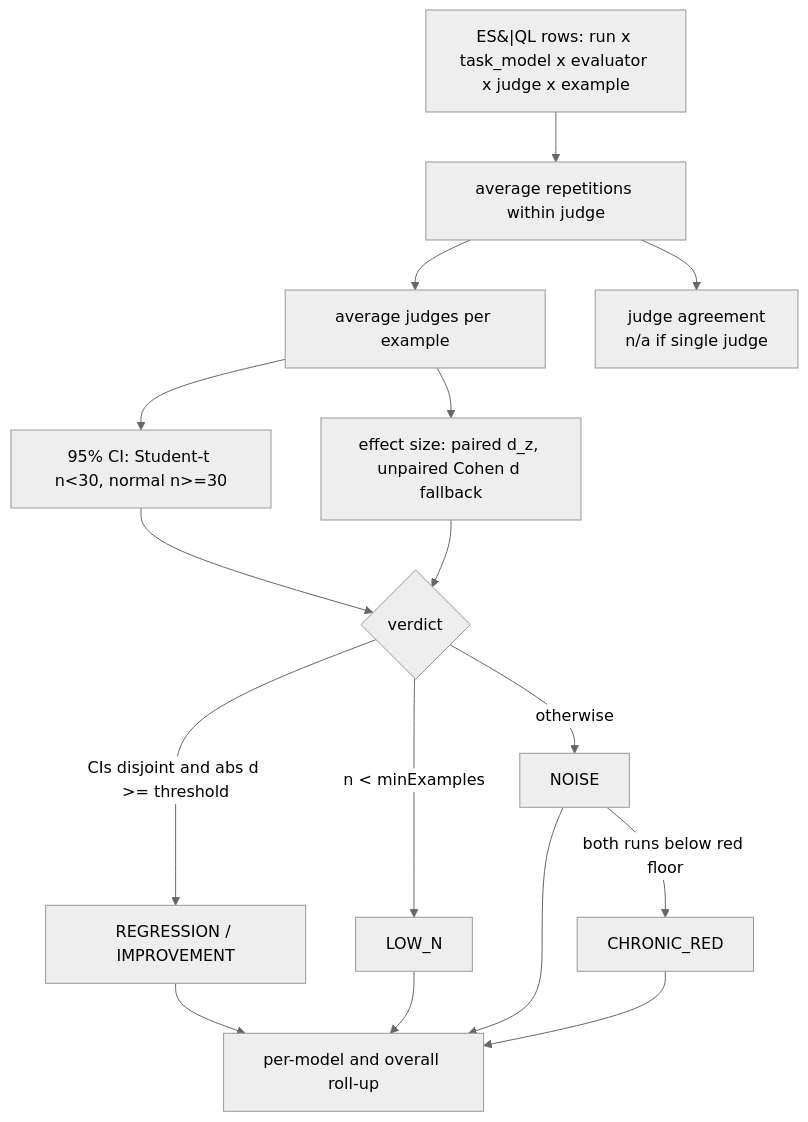
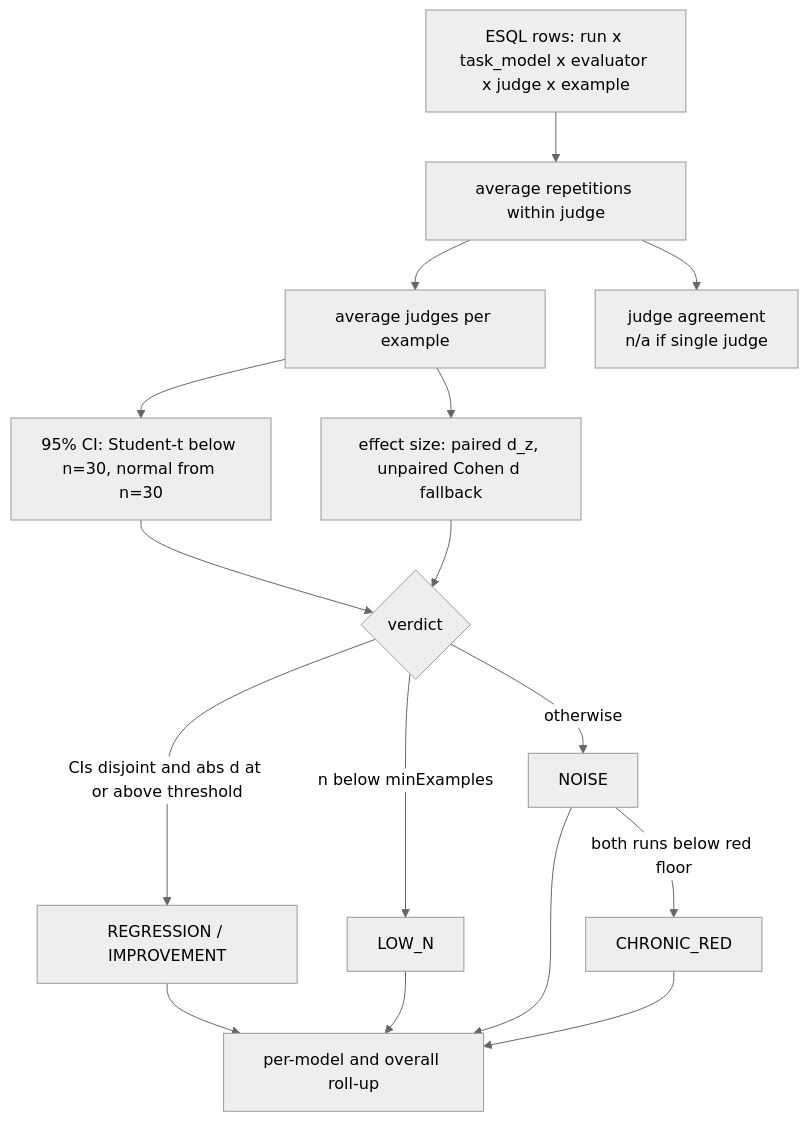
One commit to patrykkopycinski/eval-delta-verdict changed the second of 2 diagrams in README.md. Above: the diagram before and after it, drawn with Mermaid (neutral theme). The commit also changed other lines of this file, not shown here.

Commit message:
docs: fix mermaid diagrams breaking GitHub rendering

````diff
--- a/README.md
+++ b/README.md
@@ -60,18 +60,18 @@
 ```mermaid
 flowchart TD
-  R[ES&#124;QL rows: run x task_model x evaluator x judge x example] --> J[average repetitions within judge]
+  R["ESQL rows: run x task_model x evaluator x judge x example"] --> J[average repetitions within judge]
   J --> E[average judges per example]
-  J --> JA[judge agreement<br/>n/a if single judge]
-  E --> CI[95% CI: Student-t n<30, normal n>=30]
-  E --> D[effect size: paired d_z, unpaired Cohen d fallback]
+  J --> JA["judge agreement<br/>n/a if single judge"]
+  E --> CI["95% CI: Student-t below n=30, normal from n=30"]
+  E --> D["effect size: paired d_z, unpaired Cohen d fallback"]
   CI --> V{verdict}
   D --> V
-  V -->|n < minExamples| LOW[LOW_N]
-  V -->|CIs disjoint and abs d >= threshold| RI[REGRESSION / IMPROVEMENT]
+  V -->|"n below minExamples"| LOW[LOW_N]
+  V -->|"CIs disjoint and abs d at or above threshold"| RI[REGRESSION / IMPROVEMENT]
   V -->|otherwise| N[NOISE]
   N -->|both runs below red floor| CR[CHRONIC_RED]
   RI --> ROLL[per-model and overall roll-up]
   LOW --> ROLL
   N --> ROLL
   CR --> ROLL
 ```
````
